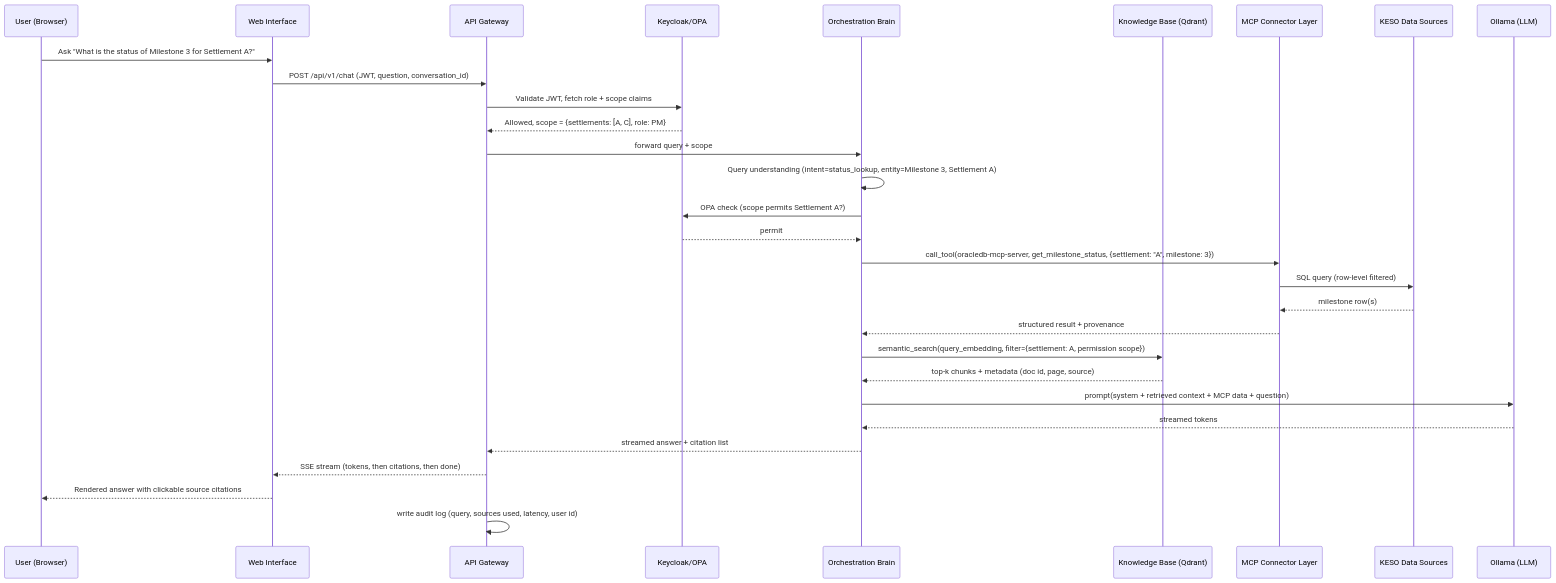
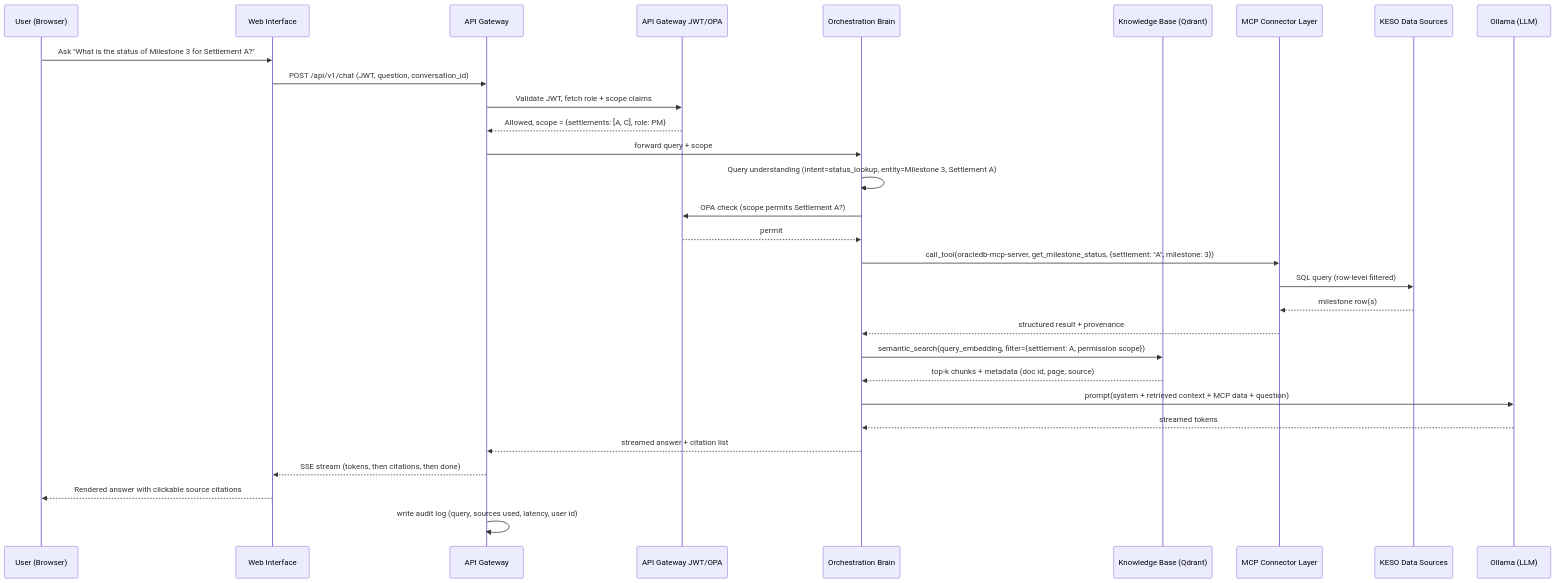
The second of 2 diagrams in docs/01-architecture.md (NdunaAI/KESO-AI), drawn with Mermaid before and after one commit. The commit also changed other lines of this file and 52 other files, not shown here.

````diff
--- a/docs/01-architecture.md
+++ b/docs/01-architecture.md
@@ -68,33 +68,33 @@
 ```mermaid
 sequenceDiagram
     participant U as User (Browser)
     participant W as Web Interface
     participant G as API Gateway
-    participant Auth as Keycloak/OPA
+    participant Auth as API Gateway JWT/OPA
     participant O as Orchestration Brain
     participant KB as Knowledge Base (Qdrant)
     participant MCP as MCP Connector Layer
     participant DS as KESO Data Sources
     participant LLM as Ollama (LLM)
 
     U->>W: Ask "What is the status of Milestone 3 for Settlement A?"
     W->>G: POST /api/v1/chat (JWT, question, conversation_id)
     G->>Auth: Validate JWT, fetch role + scope claims
     Auth-->>G: Allowed, scope = {settlements: [A, C], role: PM}
     G->>O: forward query + scope
     O->>O: Query understanding (intent=status_lookup, entity=Milestone 3, Settlement A)
     O->>Auth: OPA check (scope permits Settlement A?) 
     Auth-->>O: permit
     O->>MCP: call_tool(oracledb-mcp-server, get_milestone_status, {settlement: "A", milestone: 3})
     MCP->>DS: SQL query (row-level filtered)
     DS-->>MCP: milestone row(s)
     MCP-->>O: structured result + provenance
     O->>KB: semantic_search(query_embedding, filter={settlement: A, permission scope})
     KB-->>O: top-k chunks + metadata (doc id, page, source)
     O->>LLM: prompt(system + retrieved context + MCP data + question)
     LLM-->>O: streamed tokens
     O-->>G: streamed answer + citation list
     G-->>W: SSE stream (tokens, then citations, then done)
     W-->>U: Rendered answer with clickable source citations
     G->>G: write audit log (query, sources used, latency, user id)
 ```
````
